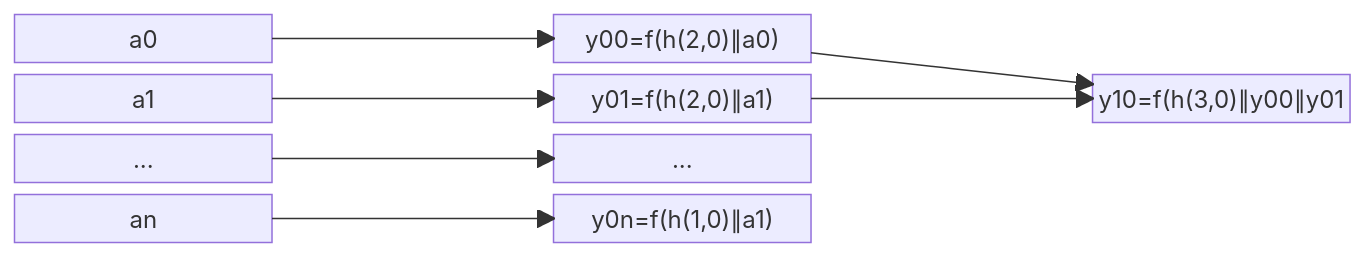
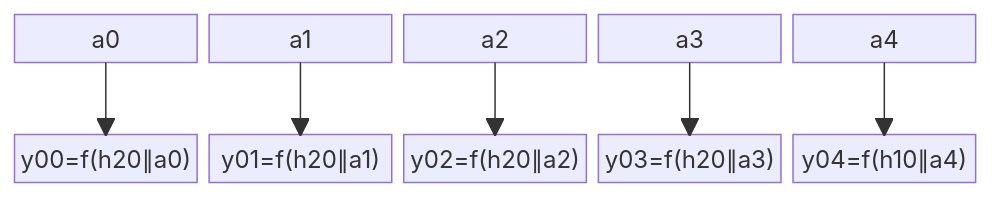
Before and after one commit to sergey-shandar/public: the second of 2 diagrams in notes/hash.md, drawn with Mermaid.

````diff
--- a/notes/hash.md
+++ b/notes/hash.md
@@ -75,14 +75,12 @@
 ```mermaid
 block-beta
   columns 5
-  a0        space y00["y00=f(h(2,0)∥a0)"] space:2
-  a1        space y01["y01=f(h(2,0)∥a1)"] space   y10["y10=f(h(3,0)∥y00∥y01"]  
-  ai["..."] space y0i["..."]              space:2
-  an        space y0n["y0n=f(h(1,0)∥a1)"] space:2
+  a0                   a1                   a2                   a3                  a4
+  space:5
+  y00["y00=f(h20∥a0)"] y01["y01=f(h20∥a1)"] y02["y02=f(h20∥a2)"] y03["y03=f(h20∥a3)"] y04["y04=f(h10∥a4)"]
   a0-->y00
   a1-->y01
-  ai-->y0i
-  an-->y0n
-  y00-->y10
-  y01-->y10
+  a2-->y02
+  a3-->y03
+  a4-->y04
 ```
````
